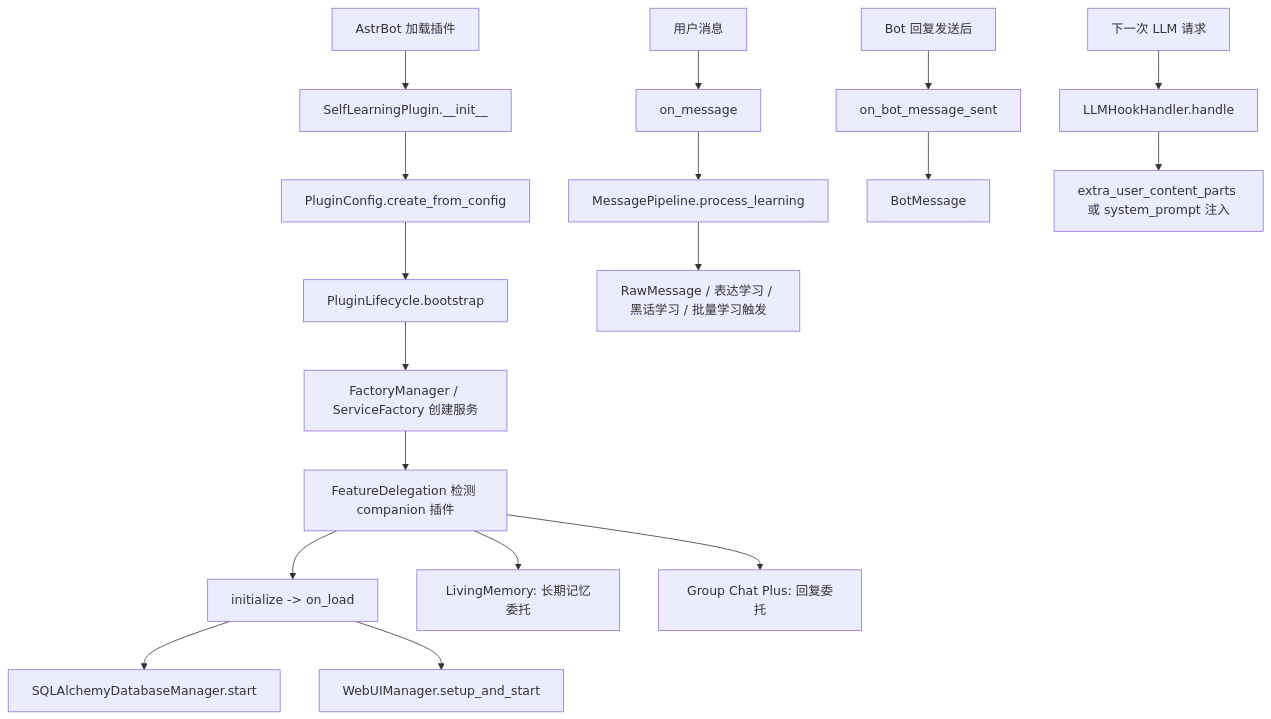
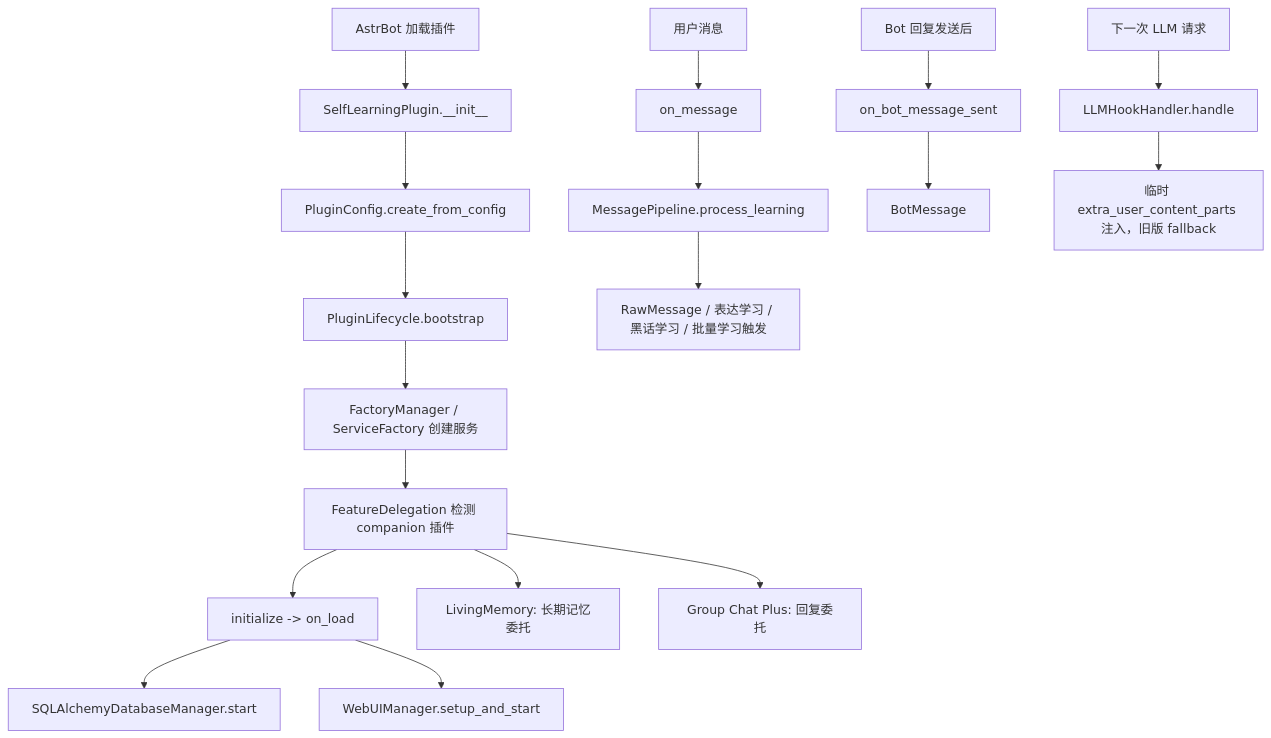
The diagram in docs/README.md (NickCharlie/astrbot_plugin_self_learning), drawn with Mermaid before and after one commit. The commit also changed 10 other files, not shown here.

````diff
--- a/docs/README.md
+++ b/docs/README.md
@@ -57,20 +57,20 @@
 ```mermaid
 flowchart TD
     A["AstrBot 加载插件"] --> B["SelfLearningPlugin.__init__"]
     B --> C["PluginConfig.create_from_config"]
     C --> D["PluginLifecycle.bootstrap"]
     D --> E["FactoryManager / ServiceFactory 创建服务"]
     E --> FD["FeatureDelegation 检测 companion 插件"]
     FD --> F["initialize -> on_load"]
     F --> G["SQLAlchemyDatabaseManager.start"]
     F --> H["WebUIManager.setup_and_start"]
     I["用户消息"] --> J["on_message"]
     J --> K["MessagePipeline.process_learning"]
     K --> L["RawMessage / 表达学习 / 黑话学习 / 批量学习触发"]
     M["Bot 回复发送后"] --> N["on_bot_message_sent"]
     N --> O["BotMessage"]
     P["下一次 LLM 请求"] --> Q["LLMHookHandler.handle"]
-    Q --> R["extra_user_content_parts 或 system_prompt 注入"]
+    Q --> R["临时 extra_user_content_parts 注入，旧版 fallback"]
     FD --> S["LivingMemory: 长期记忆委托"]
     FD --> T["Group Chat Plus: 回复委托"]
 ```
````
